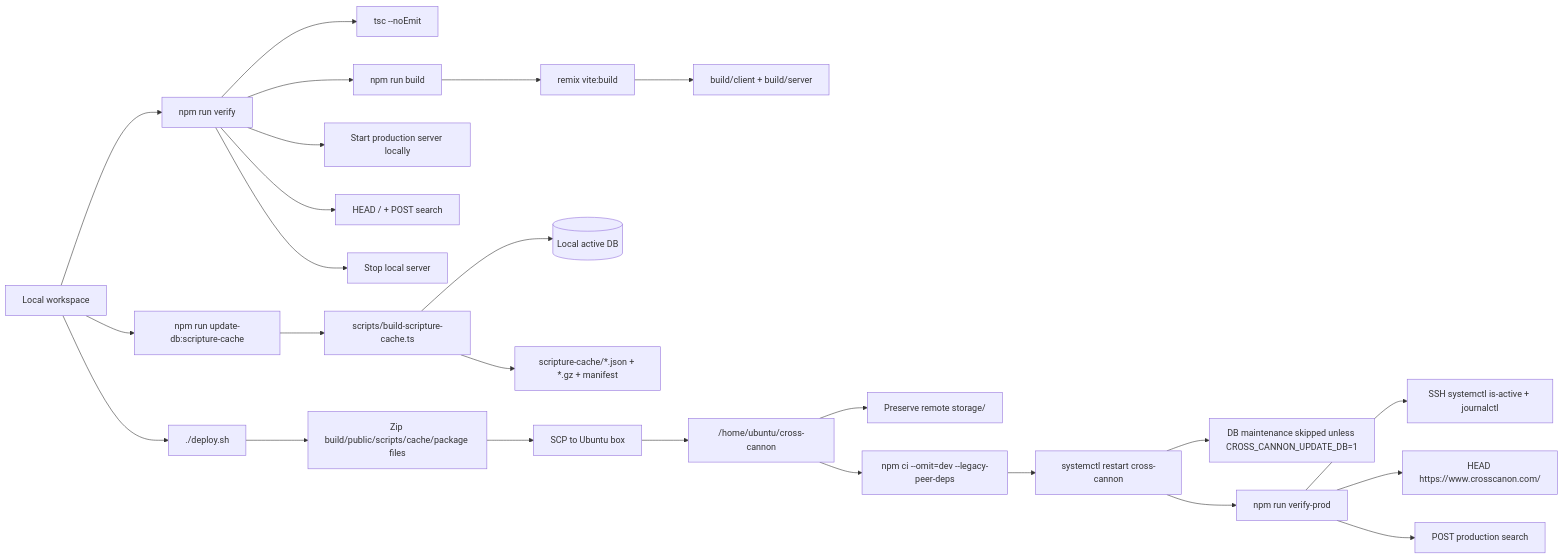
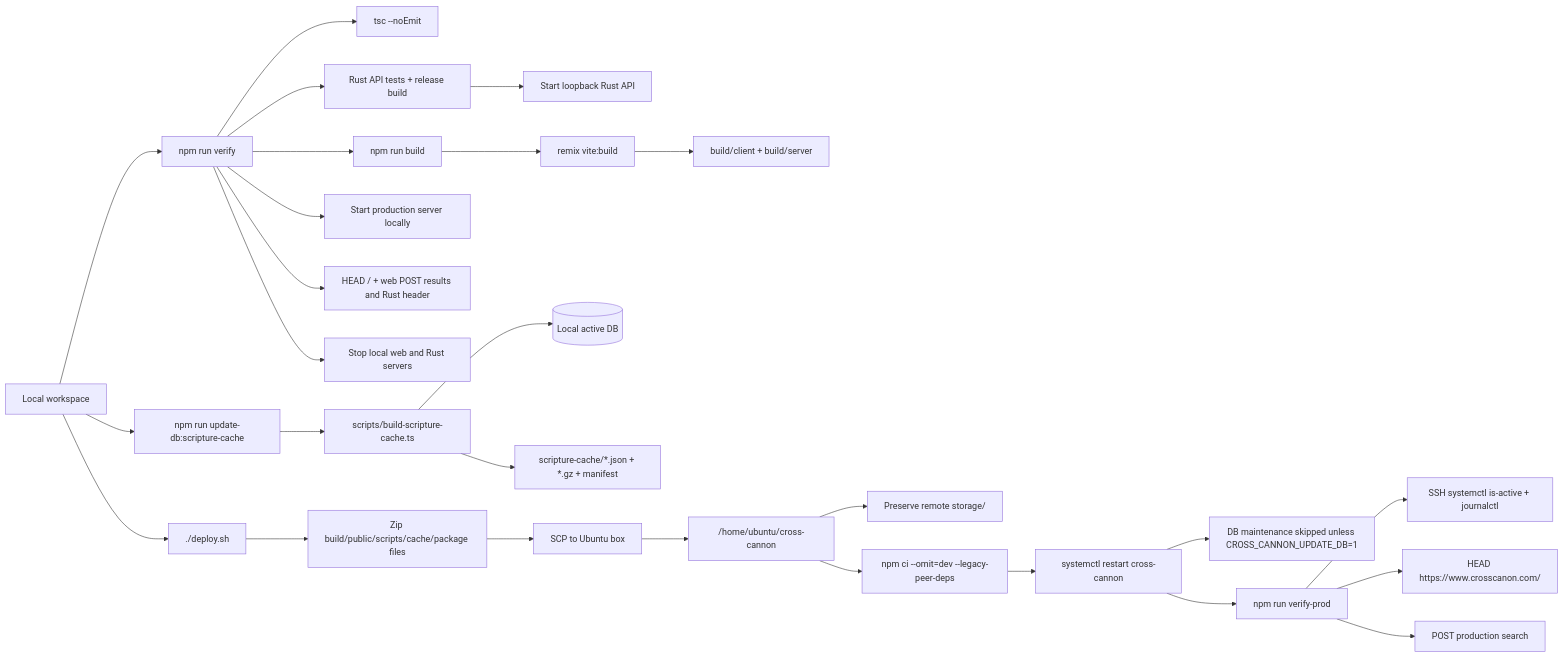
Before and after one commit to jacksonStone/cross-cannon: the fifth of 5 diagrams in docs/architecture.md, drawn with Mermaid. The commit also changed other lines of this file and 24 other files, not shown here.

Commit message:
Route web search through Rust API and compare runtimes

````diff
--- a/docs/architecture.md
+++ b/docs/architecture.md
@@ -165,31 +165,33 @@
 ```mermaid
 flowchart LR
   Dev[Local workspace] --> Verify[npm run verify]
   Verify --> Typecheck[tsc --noEmit]
+  Verify --> RustChecks["Rust API tests + release build"]
+  RustChecks --> LocalRust["Start loopback Rust API"]
   Verify --> Build[npm run build]
   Verify --> LocalServer[Start production server locally]
-  Verify --> LocalSmoke["HEAD / + POST search"]
-  Verify --> StopServer[Stop local server]
+  Verify --> LocalSmoke["HEAD / + web POST results and Rust header"]
+  Verify --> StopServer[Stop local web and Rust servers]
 
   Build --> RemixBuild["remix vite:build"]
   RemixBuild --> BuildDir["build/client + build/server"]
 
   Dev --> UpdateDbCache["npm run update-db:scripture-cache"]
   UpdateDbCache --> CacheScript["scripts/build-scripture-cache.ts"]
   CacheScript --> DB[("Local active DB")]
   CacheScript --> CacheArtifacts["scripture-cache/*.json + *.gz + manifest"]
 
   Dev --> Deploy["./deploy.sh"]
   Deploy --> Package["Zip build/public/scripts/cache/package files"]
   Package --> SCP[SCP to Ubuntu box]
   SCP --> Remote["/home/ubuntu/cross-cannon"]
   Remote --> PreserveStorage["Preserve remote storage/"]
   Remote --> NpmCi[npm ci --omit=dev --legacy-peer-deps]
   NpmCi --> Restart[systemctl restart cross-cannon]
   Restart --> RuntimeDbGuard["DB maintenance skipped unless CROSS_CANNON_UPDATE_DB=1"]
 
   Restart --> VerifyProd[npm run verify-prod]
   VerifyProd --> Systemd[SSH systemctl is-active + journalctl]
   VerifyProd --> LiveHead["HEAD https://www.crosscanon.com/"]
   VerifyProd --> LivePost[POST production search]
 ```
````
